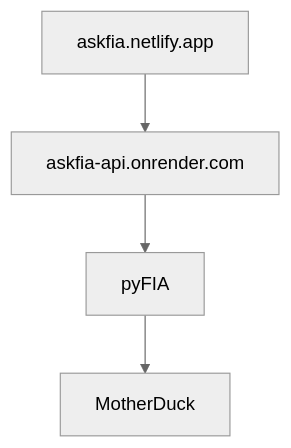
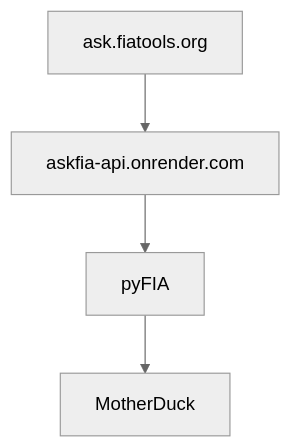
The diagram in README.md (mihiarc/askfia), drawn with Mermaid (neutral theme) before and after one commit. The commit also changed other lines of this file and 7 other files, not shown here.

First line of the commit message:
Update URLs from askfia.netlify.app to ask.fiatools.org

````diff
--- a/README.md
+++ b/README.md
@@ -55,6 +55,6 @@
 ```mermaid
 graph TD
-    A[askfia.netlify.app] --> B[askfia-api.onrender.com]
+    A[ask.fiatools.org] --> B[askfia-api.onrender.com]
     B --> C[pyFIA]
     C --> D[MotherDuck]
 ```
````
